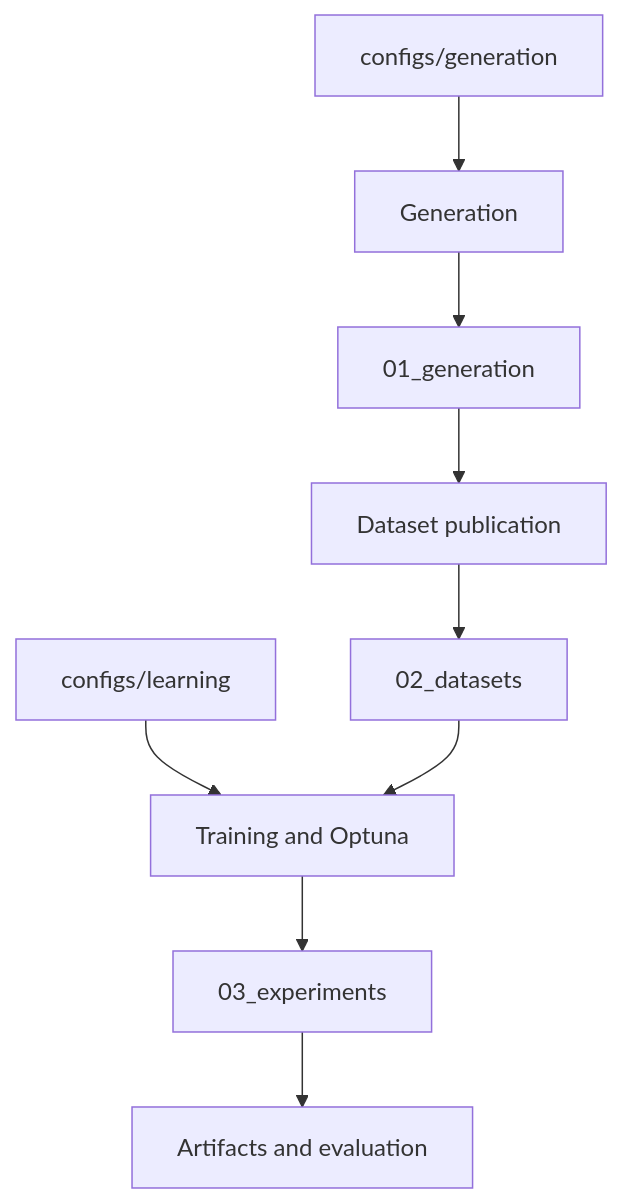
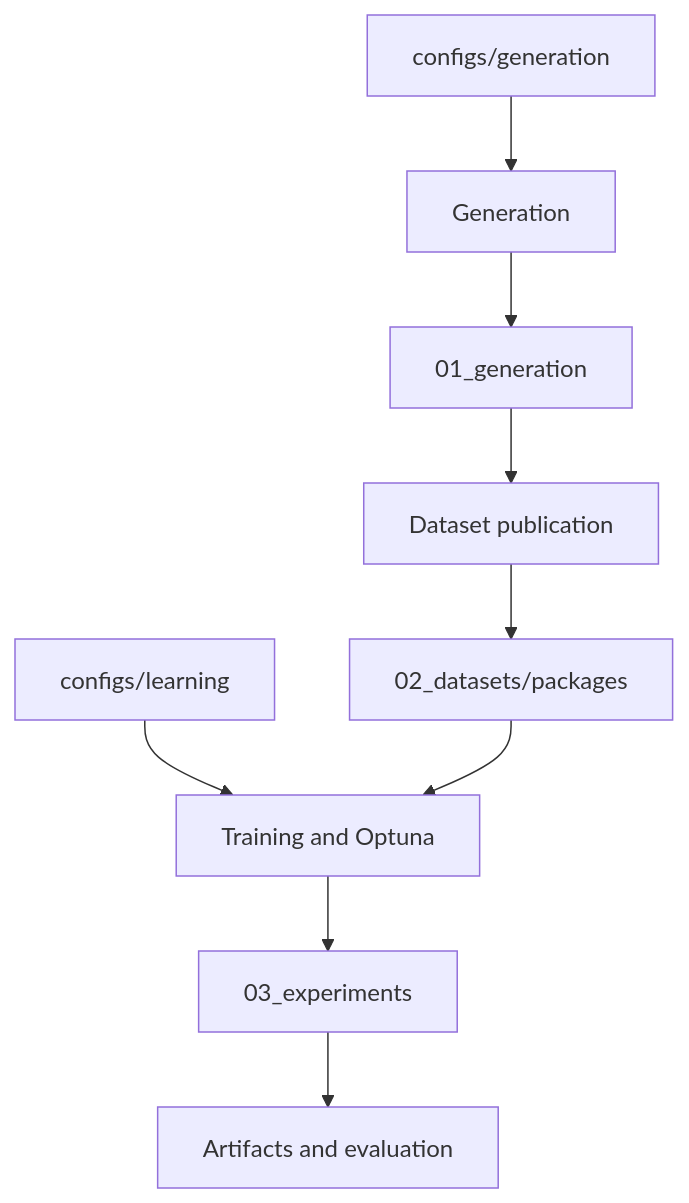
The second of 2 diagrams in README.md (Rinovative/grainlegumes-pino-drying), drawn with Mermaid before and after one commit. The commit also changed other lines of this file and 50 other files, not shown here.

````diff
--- a/README.md
+++ b/README.md
@@ -69,11 +69,11 @@
 ```mermaid
 flowchart TD
     C[configs/generation] --> G[Generation]
     G --> S[01_generation]
     S --> D[Dataset publication]
-    D --> P[02_datasets]
+    D --> P[02_datasets/packages]
     L[configs/learning] --> T[Training and Optuna]
     P --> T
     T --> E[03_experiments]
     E --> A[Artifacts and evaluation]
 ```
````
